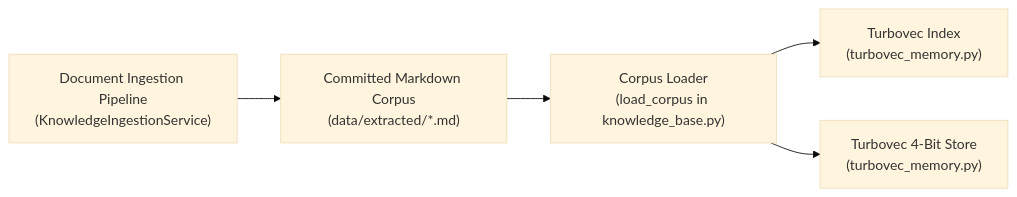
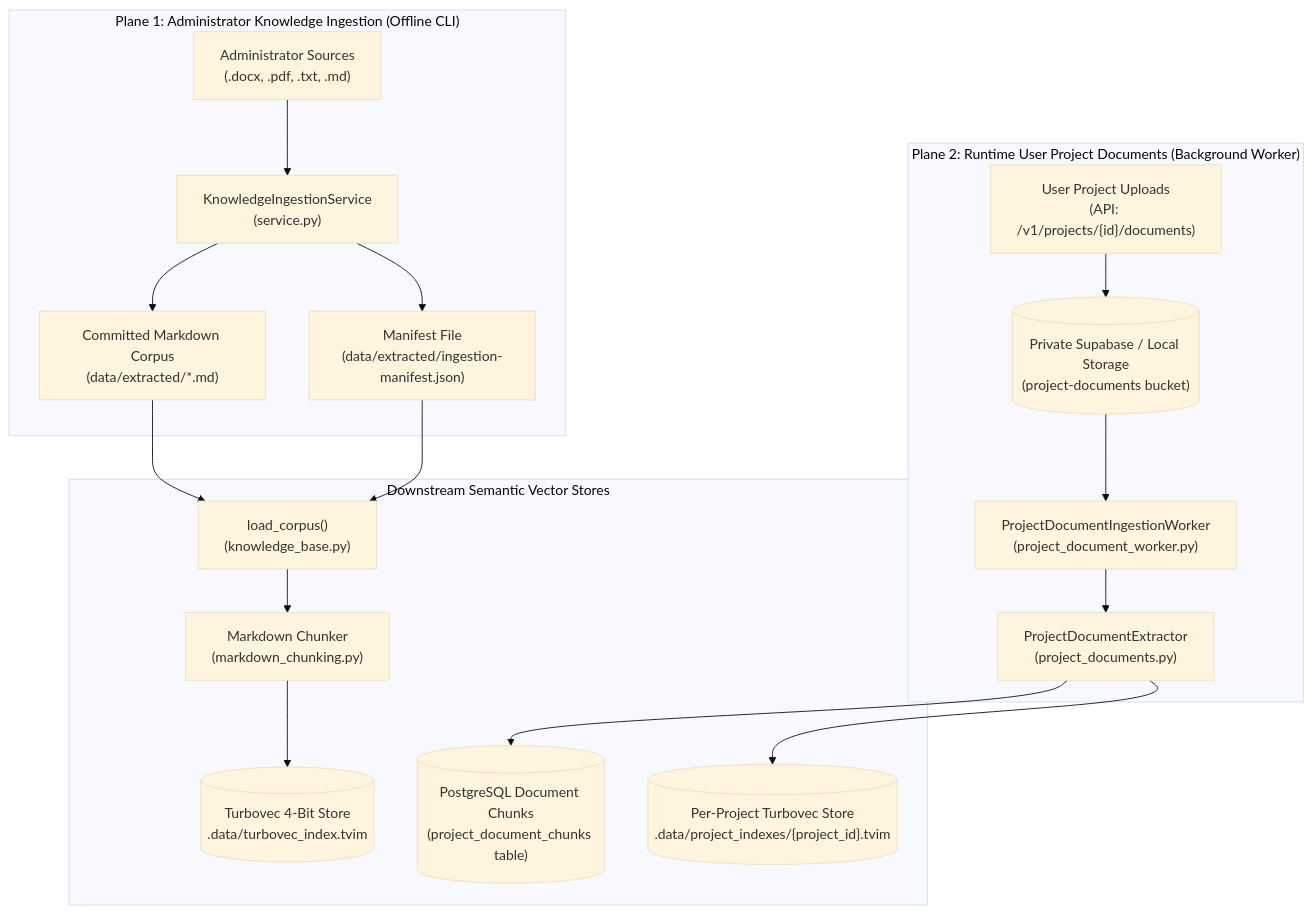
The second of 2 diagrams in docs/architectures/current-architectures/06-knowledge-and-document-ingestion-pipeline.md (MathematicGuy/EMAIL-AGENT-v1), drawn with Mermaid (base theme) before and after one commit. The commit also changed other lines of this file and 8 other files, not shown here.

````diff
--- a/docs/architectures/current-architectures/06-knowledge-and-document-ingestion-pipeline.md
+++ b/docs/architectures/current-architectures/06-knowledge-and-document-ingestion-pipeline.md
@@ -121,7 +153,23 @@
 ```mermaid
-flowchart LR
-    INGEST["Document Ingestion Pipeline<br/>(KnowledgeIngestionService)"] --> CORPUS["Committed Markdown Corpus<br/>(data/extracted/*.md)"]
-    CORPUS --> LOADER["Corpus Loader<br/>(load_corpus in knowledge_base.py)"]
-    LOADER --> VECTOR_QDRANT["Turbovec Index<br/>(turbovec_memory.py)"]
-    LOADER --> VECTOR_TURBO["Turbovec 4-Bit Store<br/>(turbovec_memory.py)"]
+flowchart TB
+    subgraph ADMIN_PLANE["Plane 1: Administrator Knowledge Ingestion (Offline CLI)"]
+        ADMIN_SRC["Administrator Sources<br/>(.docx, .pdf, .txt, .md)"] --> INGEST_SRV["KnowledgeIngestionService<br/>(service.py)"]
+        INGEST_SRV --> CORPUS["Committed Markdown Corpus<br/>(data/extracted/*.md)"]
+        INGEST_SRV --> MANIFEST["Manifest File<br/>(data/extracted/ingestion-manifest.json)"]
+    end
+
+    subgraph USER_PLANE["Plane 2: Runtime User Project Documents (Background Worker)"]
+        USER_UPLOAD["User Project Uploads<br/>(API: /v1/projects/{id}/documents)"] --> SUPA_STORE[("Private Supabase / Local Storage<br/>(project-documents bucket)")]
+        SUPA_STORE --> DOC_WORKER["ProjectDocumentIngestionWorker<br/>(project_document_worker.py)"]
+        DOC_WORKER --> PROJ_EXTRACT["ProjectDocumentExtractor<br/>(project_documents.py)"]
+    end
+
+    subgraph DOWNSTREAM_RAG["Downstream Semantic Vector Stores"]
+        CORPUS & MANIFEST --> LOAD_CORPUS["load_corpus()<br/>(knowledge_base.py)"]
+        LOAD_CORPUS --> CHUNKER["Markdown Chunker<br/>(markdown_chunking.py)"]
+        CHUNKER --> TURBO_COMPANY[("Turbovec 4-Bit Store<br/>.data/turbovec_index.tvim")]
+
+        PROJ_EXTRACT --> PROJ_CHUNKS[("PostgreSQL Document Chunks<br/>(project_document_chunks table)")]
+        PROJ_EXTRACT --> TURBO_PROJ[("Per-Project Turbovec Store<br/>.data/project_indexes/{project_id}.tvim")]
+    end
 ```
````
